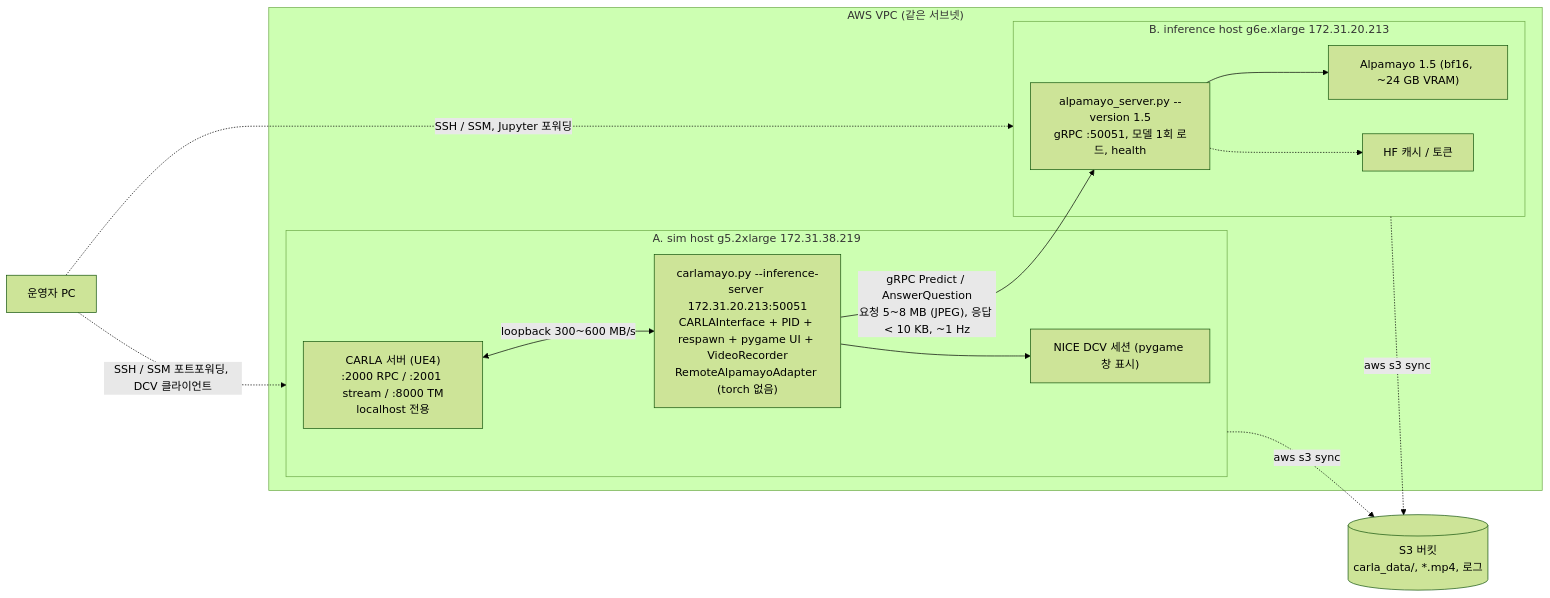
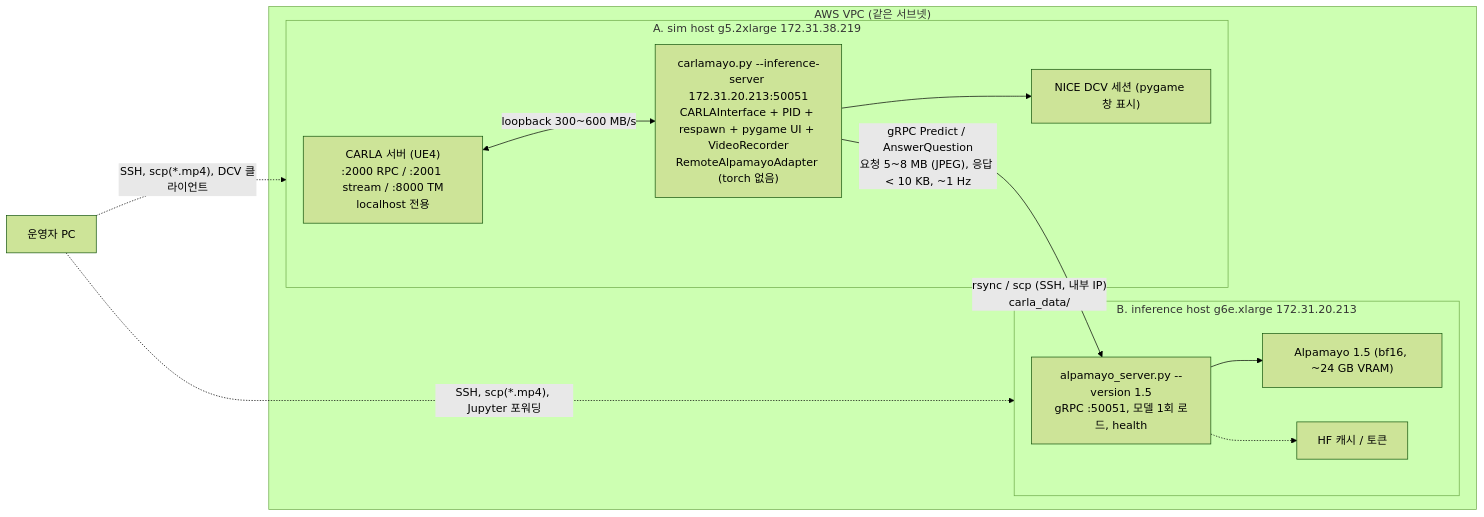
The first of 4 diagrams in docs/distributed-architecture.md (JwonMoon/carlamayo-my-distributed), drawn with Mermaid (forest theme) before and after one commit. The commit also changed other lines of this file and 8 other files, not shown here.

First line of the commit message:
Explain diagrams, clarify where carlamayo.py runs, replace S3 with rsync/scp

````diff
--- a/docs/distributed-architecture.md
+++ b/docs/distributed-architecture.md
@@ -33,25 +33,23 @@
 ```mermaid
 flowchart LR
     subgraph VPC["AWS VPC (같은 서브넷)"]
         subgraph A["A. sim host  g5.2xlarge  172.31.38.219"]
             CARLA["CARLA 서버 (UE4)<br/>:2000 RPC / :2001 stream / :8000 TM<br/>localhost 전용"]
             CLIENT["carlamayo.py --inference-server 172.31.20.213:50051<br/>CARLAInterface + PID + respawn + pygame UI + VideoRecorder<br/>RemoteAlpamayoAdapter (torch 없음)"]
             DCV["NICE DCV 세션 (pygame 창 표시)"]
             CARLA <-- "loopback 300~600 MB/s" --> CLIENT
             CLIENT --> DCV
         end
         subgraph B["B. inference host  g6e.xlarge  172.31.20.213"]
             SERVER["alpamayo_server.py --version 1.5<br/>gRPC :50051, 모델 1회 로드, health"]
             MODEL["Alpamayo 1.5 (bf16, ~24 GB VRAM)"]
             HF["HF 캐시 / 토큰"]
             SERVER --> MODEL
             SERVER -.-> HF
         end
         CLIENT -- "gRPC Predict / AnswerQuestion<br/>요청 5~8 MB (JPEG), 응답 < 10 KB, ~1 Hz" --> SERVER
     end
-    S3[("S3 버킷<br/>carla_data/, *.mp4, 로그")]
-    A -. "aws s3 sync" .-> S3
-    B -. "aws s3 sync" .-> S3
-    OP["운영자 PC"] -. "SSH / SSM 포트포워딩, DCV 클라이언트" .-> A
-    OP -. "SSH / SSM, Jupyter 포워딩" .-> B
+    A -. "rsync / scp (SSH, 내부 IP)<br/>carla_data/" .-> B
+    OP["운영자 PC"] -. "SSH, scp(*.mp4), DCV 클라이언트" .-> A
+    OP -. "SSH, scp(*.mp4), Jupyter 포워딩" .-> B
 ```
````
